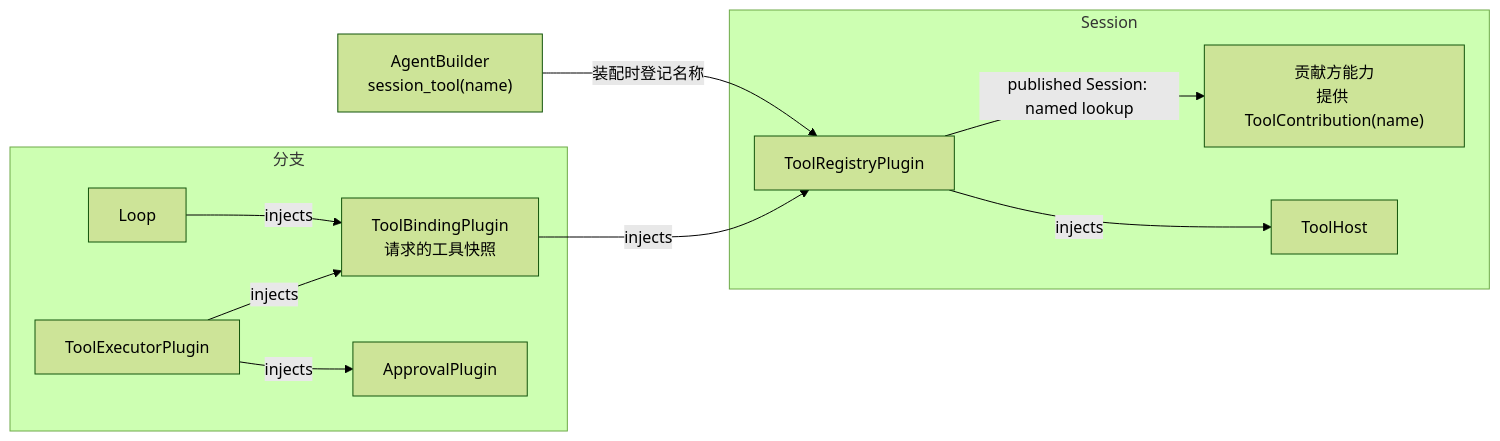
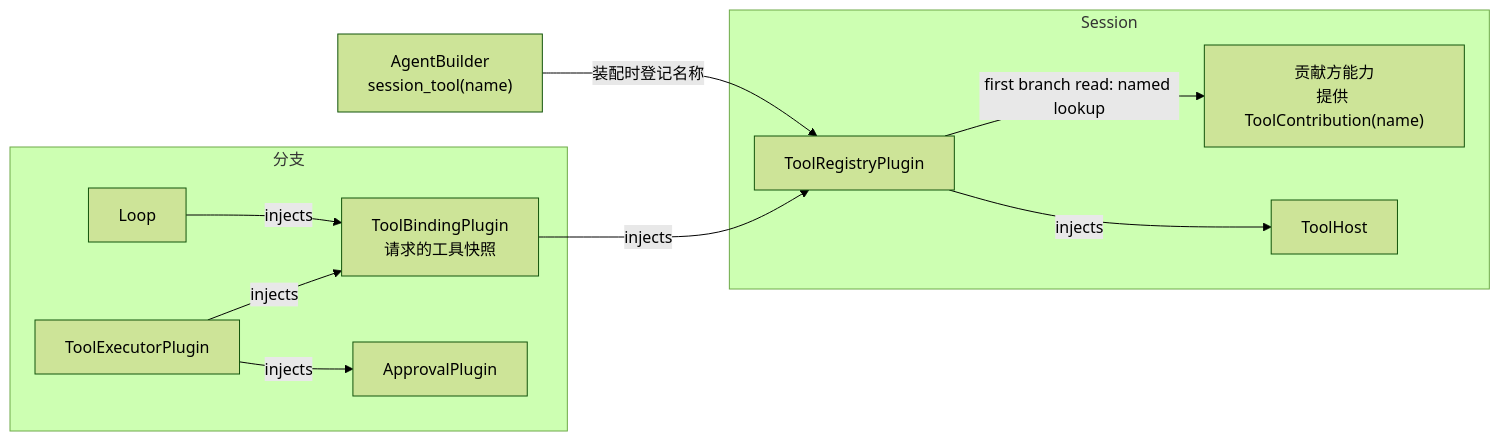
Before and after one commit to CoutinhoTTS/dim-agent: the diagram in docs/architecture/rust-agent/tool-contributions.md, drawn with Mermaid (forest theme). The commit also changed other lines of this file and 19 other files, not shown here.

````diff
--- a/docs/architecture/rust-agent/tool-contributions.md
+++ b/docs/architecture/rust-agent/tool-contributions.md
@@ -18,22 +36,22 @@
 ```mermaid
 flowchart LR
   B["AgentBuilder<br/>session_tool(name)"]
   subgraph s["Session"]
     C["贡献方能力<br/>提供 ToolContribution(name)"]
     R["ToolRegistryPlugin"]
     H["ToolHost"]
   end
   subgraph br["分支"]
     TB["ToolBindingPlugin<br/>请求的工具快照"]
     L["Loop"]
     E["ToolExecutorPlugin"]
     A["ApprovalPlugin"]
   end
   B -->|装配时登记名称| R
-  R -->|published Session: named lookup| C
+  R -->|first branch read: named lookup| C
   R -->|injects| H
   TB -->|injects| R
   L -->|injects| TB
   E -->|injects| TB
   E -->|injects| A
 ```
````
